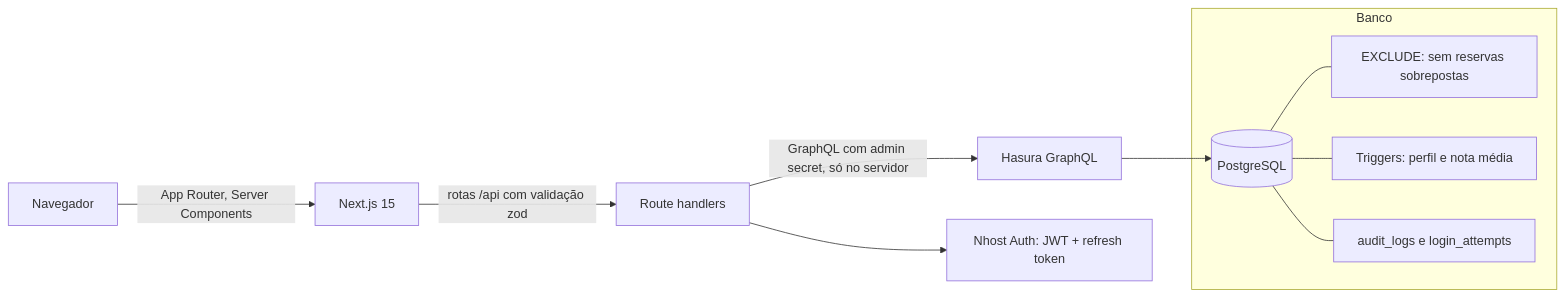
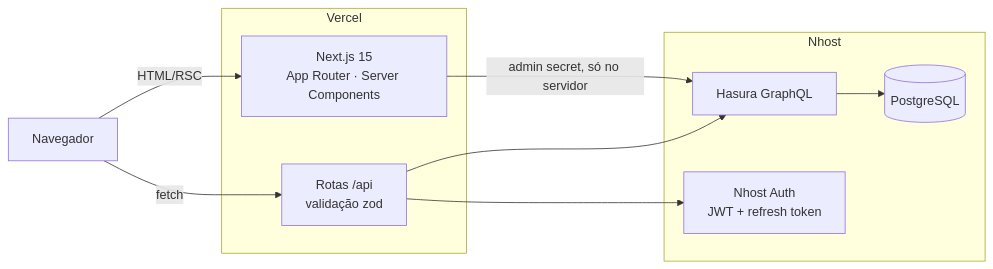
The fourth of 5 diagrams in README.md (devraphaeldiniz/rentalcar), drawn with Mermaid before and after one commit. The commit also changed other lines of this file and 7 other files, not shown here.

First line of the commit message:
docs: README completo com diagramas, banco de dados e prints atualizados

````diff
--- a/README.md
+++ b/README.md
@@ -49,13 +164,18 @@
 ```mermaid
 flowchart LR
-    Browser[Navegador] -->|App Router, Server Components| Next[Next.js 15]
-    Next -->|rotas /api com validação zod| API[Route handlers]
-    API -->|GraphQL com admin secret, só no servidor| Hasura[Hasura GraphQL]
-    API --> Auth[Nhost Auth: JWT + refresh token]
-    Hasura --> PG[(PostgreSQL)]
-    subgraph Banco
-      PG --- EX[EXCLUDE: sem reservas sobrepostas]
-      PG --- TR[Triggers: perfil e nota média]
-      PG --- AU[audit_logs e login_attempts]
+    subgraph Vercel
+      N[Next.js 15<br/>App Router · Server Components]
+      API[Rotas /api<br/>validação zod]
     end
+    subgraph Nhost
+      AUTH[Nhost Auth<br/>JWT + refresh token]
+      HAS[Hasura GraphQL]
+      PG[(PostgreSQL)]
+    end
+    B[Navegador] -->|HTML/RSC| N
+    B -->|fetch| API
+    N -->|admin secret, só no servidor| HAS
+    API --> HAS
+    API --> AUTH
+    HAS --> PG
 ```
````
